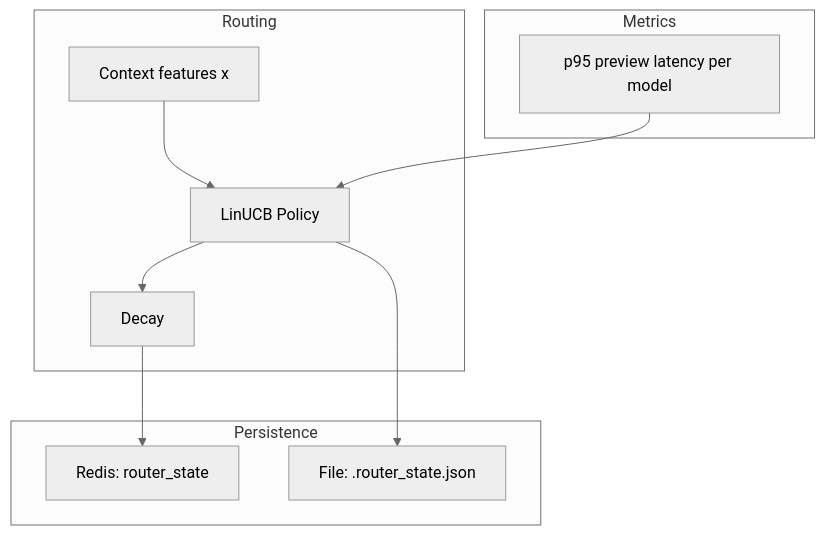
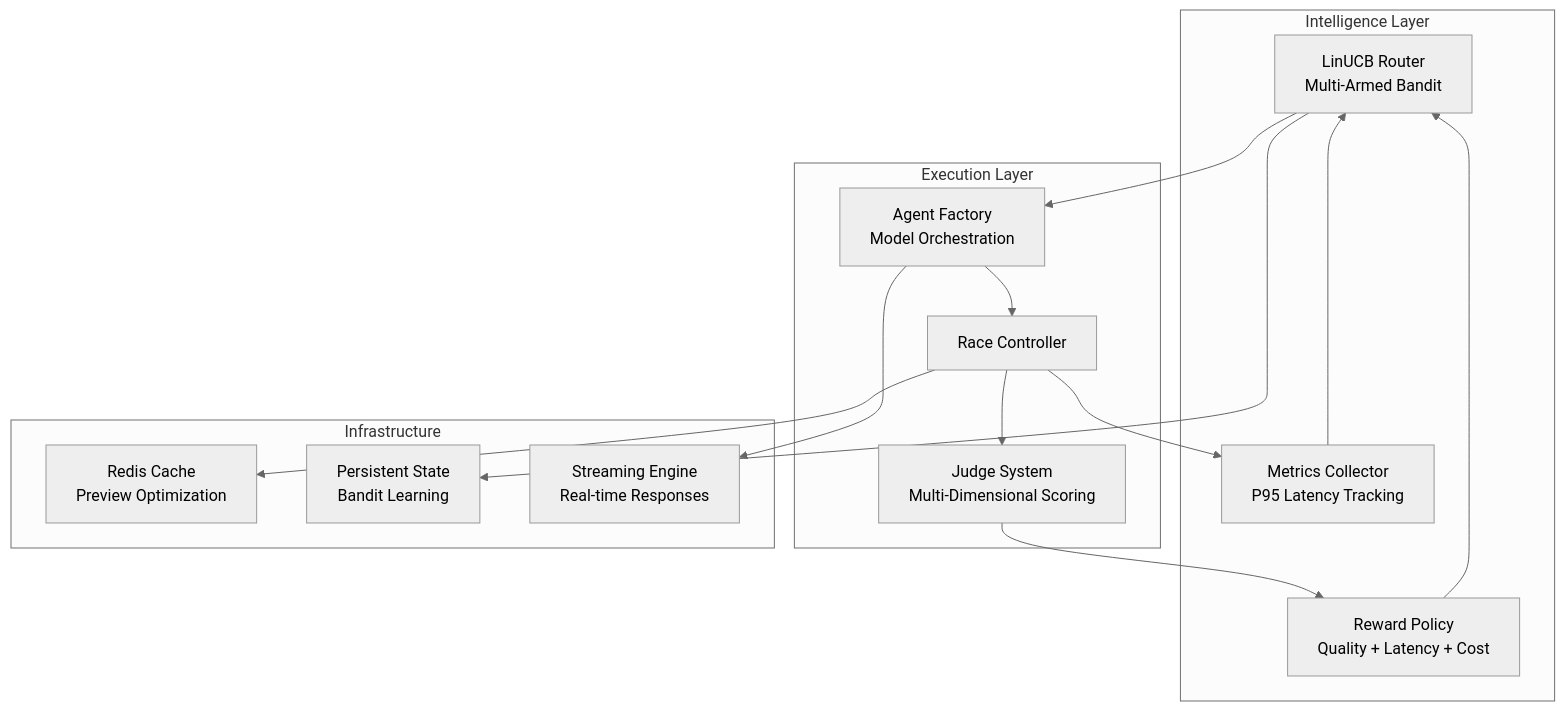
Before and after one commit to NumberChiffre/agentic-patterns: the first of 3 diagrams in parallel_agents/README.md, drawn with Mermaid (neutral theme). The commit also changed other lines of this file and 6 other files, not shown here.

````diff
--- a/parallel_agents/README.md
+++ b/parallel_agents/README.md
@@ -258,19 +17,32 @@
 ```mermaid
-flowchart TD
-  subgraph ROUTE[Routing]
-    X[Context features x]
-    POL[LinUCB Policy]
-    DEC[Decay]
-  end
-  subgraph STORE[Persistence]
-    R[Redis: router_state]
-    F[File: .router_state.json]
-  end
-  subgraph MET[Metrics]
-    L95[p95 preview latency per model]
-  end
-
-  X --> POL --> DEC --> R
-  POL --> F
-  L95 --> POL
+flowchart TB
+    subgraph "Intelligence Layer"
+        ROUTER[LinUCB Router<br/>Multi-Armed Bandit]
+        REWARD[Reward Policy<br/>Quality + Latency + Cost]
+        METRICS[Metrics Collector<br/>P95 Latency Tracking]
+    end
+    
+    subgraph "Execution Layer"
+        RACE[Race Controller]
+        JUDGE[Judge System<br/>Multi-Dimensional Scoring]
+        AGENTS[Agent Factory<br/>Model Orchestration]
+    end
+    
+    subgraph "Infrastructure"
+        CACHE[Redis Cache<br/>Preview Optimization]
+        STATE[Persistent State<br/>Bandit Learning]
+        STREAM[Streaming Engine<br/>Real-time Responses]
+    end
+    
+    ROUTER --> AGENTS
+    AGENTS --> RACE
+    RACE --> JUDGE
+    JUDGE --> REWARD
+    REWARD --> ROUTER
+    METRICS --> ROUTER
+    RACE --> METRICS
+    
+    AGENTS --> STREAM
+    RACE --> CACHE
+    ROUTER --> STATE
 ```
````
